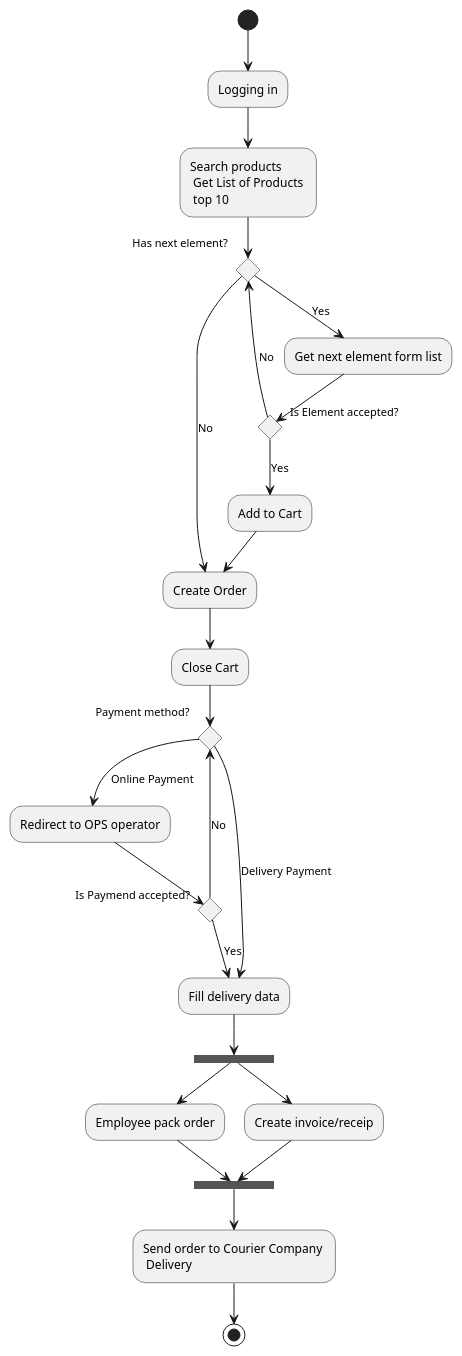
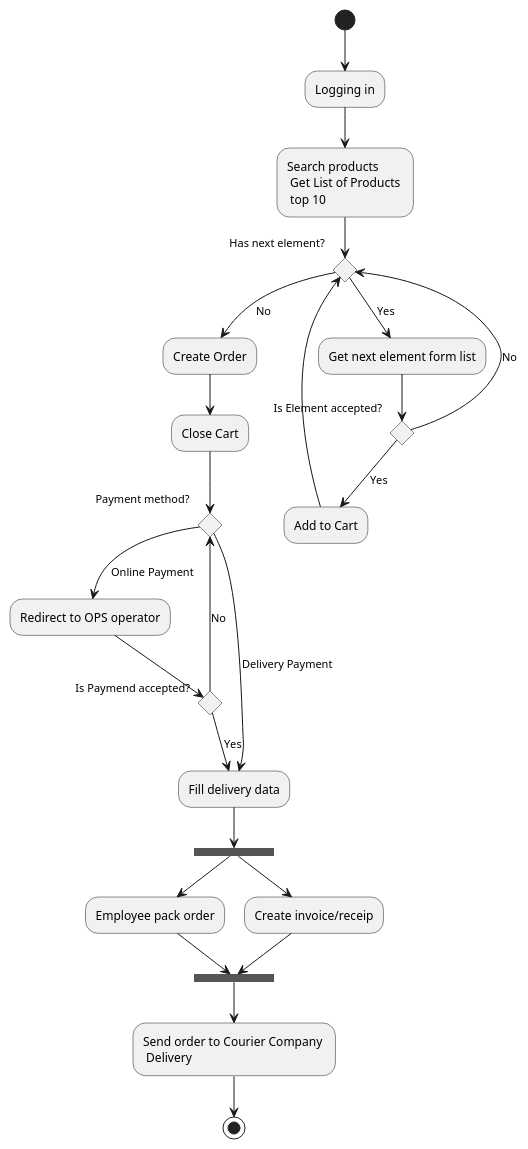
The diagram in Zaoczne/z3.acttivity_diaram.internet_shop.plantuml (kpodlaski/ModelowanieUML_2022), drawn with PlantUML before and after one commit. The commit also changed 17 other files, not shown here.

```diff
--- a/Zaoczne/z3.acttivity_diaram.internet_shop.plantuml
+++ b/Zaoczne/z3.acttivity_diaram.internet_shop.plantuml
@@ -1,35 +1,35 @@
 @startuml
 
 (*) --> "Logging in"
 --> "Search products \n Get List of Products \n top 10"
 if "Has next element?" as if1 then 
     --> [No] "Create Order"
     else 
     --> [Yes] "Get next element form list" as Next 
 endif 
     Next --> if "Is Element accepted?" then
     --> [Yes] "Add to Cart" 
-    --> "Create Order"
+    --> if1
     else 
     --> [No] if1
 endif
 "Create Order" -->"Close Cart"
  if "Payment method?" as if2 then 
     --> [Online Payment] "Redirect to OPS operator" as OPS
     if "Is Paymend accepted?" then 
         --> [Yes] "Fill delivery data"
         else
         --> [No] if2
     endif
     else
         --> [Delivery Payment] "Fill delivery data" 
     endif
 "Fill delivery data" --> ====B1===
 --> "Employee pack order" 
 --> ===B2===
 ===B1=== --> "Create invoice/receip"
 --> ===B2===
 --> "Send order to Courier Company \n Delivery"
 --> (*)
 
 @enduml
```
